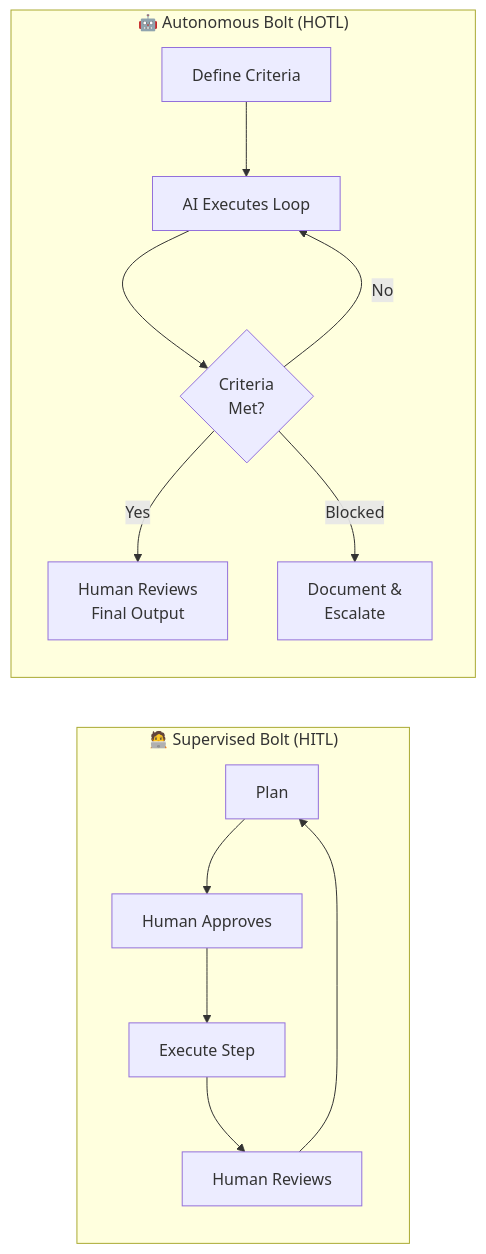
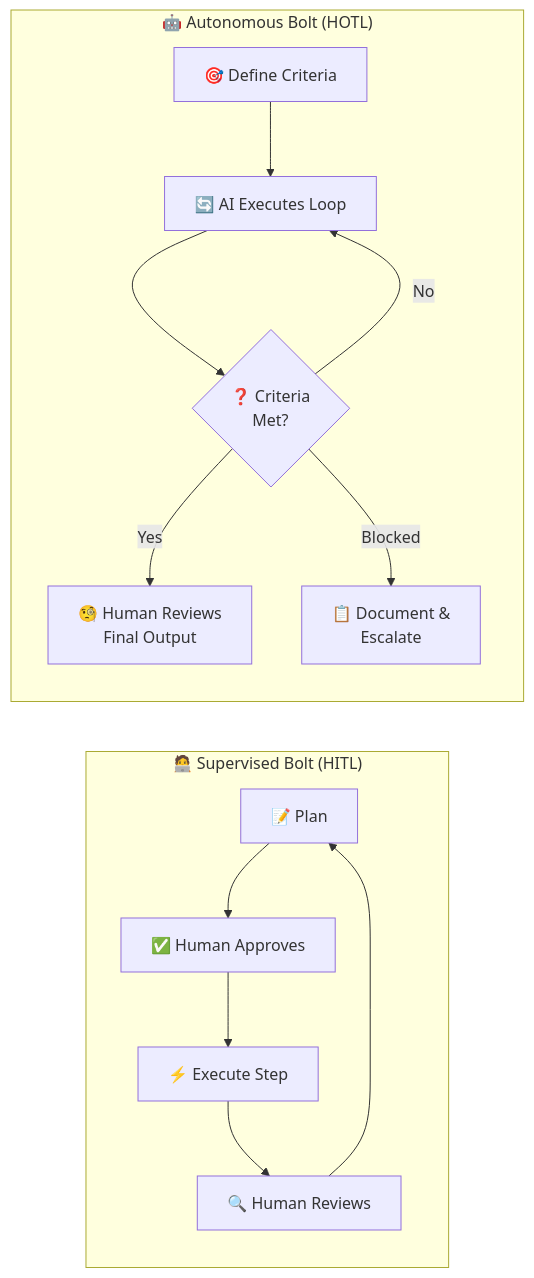
The sixth of 10 diagrams in website/content/papers/ai-dlc-2026.md (TheBushidoCollective/han), drawn with Mermaid before and after one commit. The commit also changed other lines of this file, not shown here.

First line of the commit message:
feat(website): add emojis to Core Framework diagrams

````diff
--- a/website/content/papers/ai-dlc-2026.md
+++ b/website/content/papers/ai-dlc-2026.md
@@ -478,17 +478,17 @@
 ```mermaid
 flowchart LR
     subgraph Supervised["🧑‍💻 Supervised Bolt (HITL)"]
-        S1["Plan"] --> S2["Human Approves"]
-        S2 --> S3["Execute Step"]
-        S3 --> S4["Human Reviews"]
+        S1["📝 Plan"] --> S2["✅ Human Approves"]
+        S2 --> S3["⚡ Execute Step"]
+        S3 --> S4["🔍 Human Reviews"]
         S4 --> S1
     end
 
     subgraph Autonomous["🤖 Autonomous Bolt (HOTL)"]
-        A1["Define Criteria"] --> A2["AI Executes Loop"]
-        A2 --> A3{"Criteria<br/>Met?"}
+        A1["🎯 Define Criteria"] --> A2["🔄 AI Executes Loop"]
+        A2 --> A3{"❓ Criteria<br/>Met?"}
         A3 -->|"No"| A2
-        A3 -->|"Yes"| A4["Human Reviews<br/>Final Output"]
-        A3 -->|"Blocked"| A5["Document &<br/>Escalate"]
+        A3 -->|"Yes"| A4["🧐 Human Reviews<br/>Final Output"]
+        A3 -->|"Blocked"| A5["📋 Document &<br/>Escalate"]
     end
 ```
````
